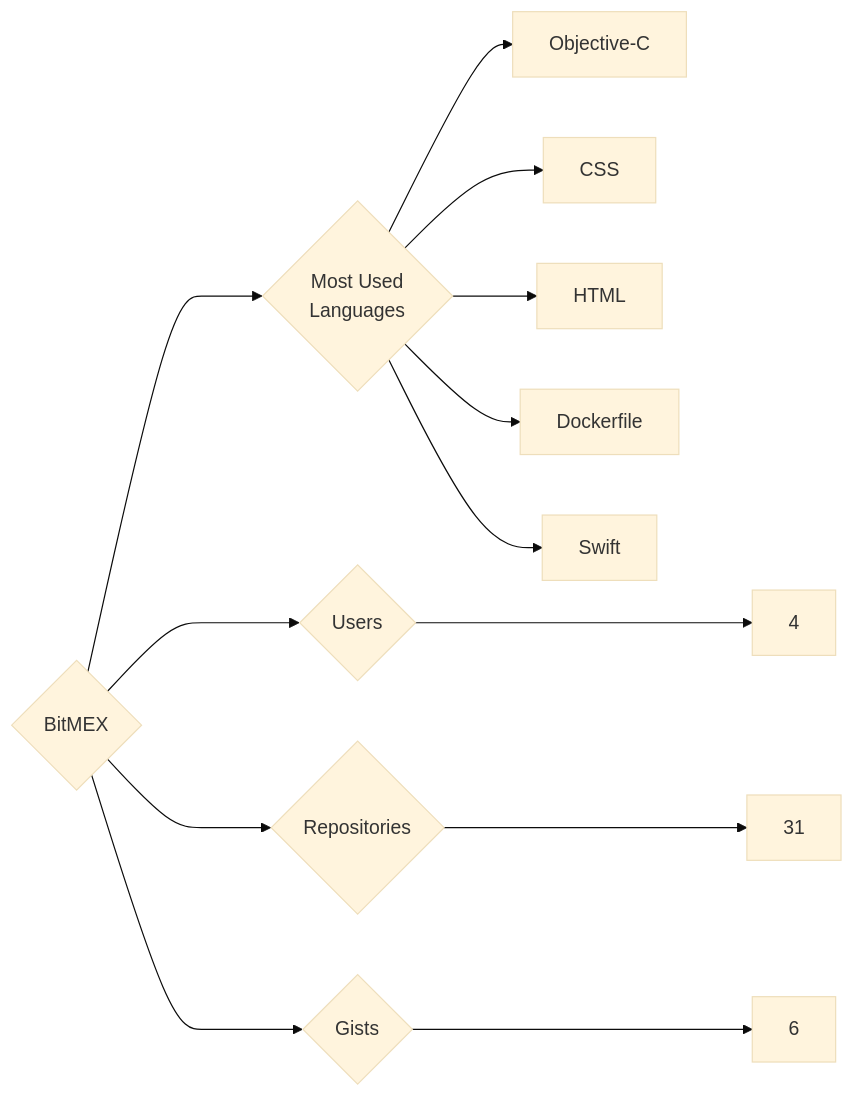
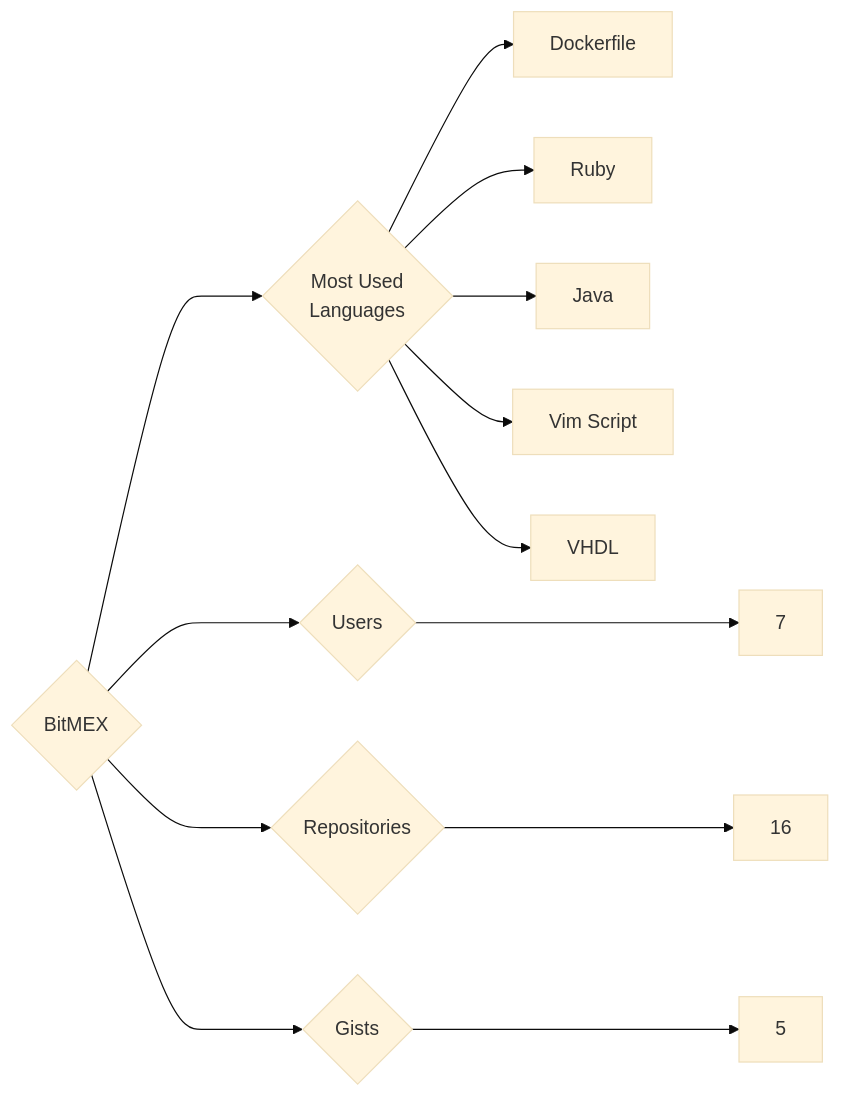
The diagram in targets/BitMEX/README.md (trickest/insiders), drawn with Mermaid (base theme) before and after one commit. The commit also changed 773 other files, not shown here.

````diff
--- a/targets/BitMEX/README.md
+++ b/targets/BitMEX/README.md
@@ -3,13 +3,13 @@
 ```mermaid
 graph LR
 COMPANY_NAME{BitMEX}
-COMPANY_NAME ---> U{Users} ---> UN[4]
-COMPANY_NAME ---> R{Repositories} ---> RN[31]
-COMPANY_NAME ---> G{Gists} ---> GN[6]
+COMPANY_NAME ---> U{Users} ---> UN[7]
+COMPANY_NAME ---> R{Repositories} ---> RN[16]
+COMPANY_NAME ---> G{Gists} ---> GN[5]
 COMPANY_NAME ---> ML{Most Used<br>Languages}
-ML --> Objective-C[Objective-C]
-ML --> CSS[CSS]
-ML --> HTML[HTML]
 ML --> Dockerfile[Dockerfile]
-ML --> Swift[Swift]
+ML --> Ruby[Ruby]
+ML --> Java[Java]
+ML --> Vim_Script[Vim Script]
+ML --> VHDL[VHDL]
 ```
````
